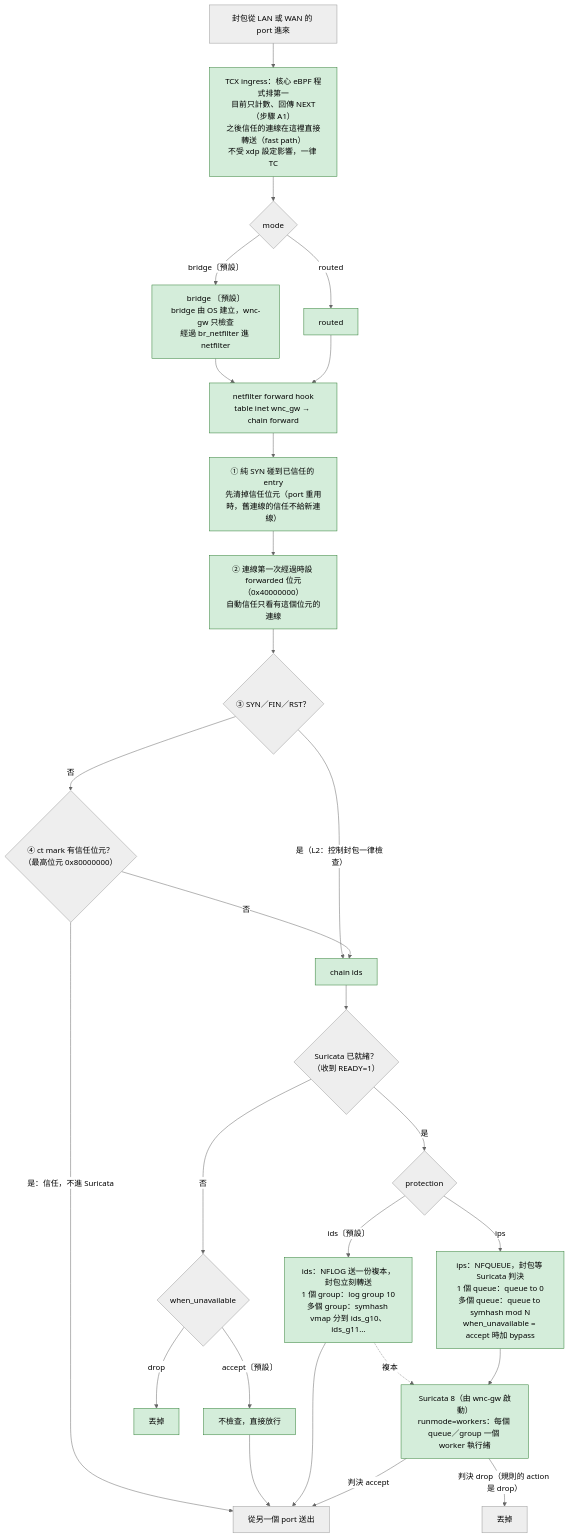
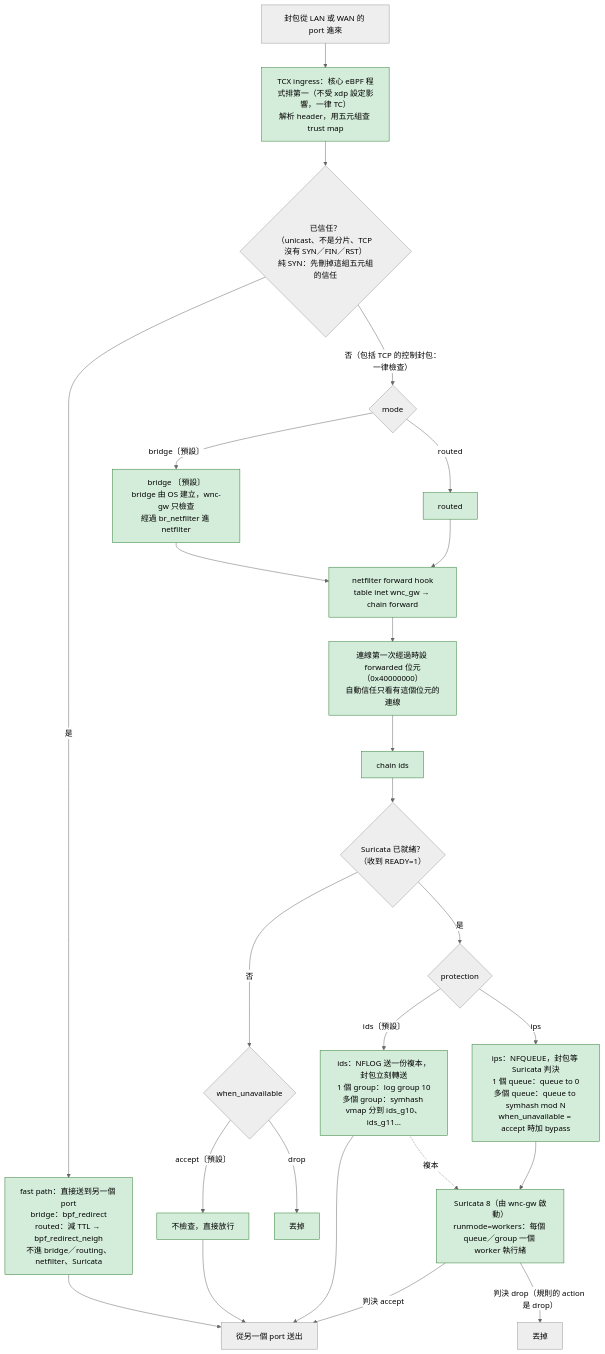
Before and after one commit to guanwei6238/wnc_project: the first of 2 diagrams in security_gateway/README.md, drawn with Mermaid (neutral theme). The commit also changed other lines of this file and 30 other files, not shown here.

Commit message:
Forward trusted connections in TC from a trust map, and let wnc-gw trust talk to run over a unix socket

````diff
--- a/security_gateway/README.md
+++ b/security_gateway/README.md
@@ -76,48 +76,45 @@
 ```mermaid
 flowchart TD
     IN["封包從 LAN 或 WAN 的 port 進來"]
-    HOOK["TCX ingress：核心 eBPF 程式排第一<br/>目前只計數、回傳 NEXT（步驟 A1）<br/>之後信任的連線在這裡直接轉送（fast path）<br/>不受 xdp 設定影響，一律 TC"]:::done
+    HOOK["TCX ingress：核心 eBPF 程式排第一（不受 xdp 設定影響，一律 TC）<br/>解析 header，用五元組查 trust map"]:::done
+    FP{"已信任？<br/>（unicast、不是分片、TCP 沒有 SYN／FIN／RST）<br/>純 SYN：先刪掉這組五元組的信任"}
+    REDIR["fast path：直接送到另一個 port<br/>bridge：bpf_redirect<br/>routed：減 TTL → bpf_redirect_neigh<br/>不進 bridge／routing、netfilter、Suricata"]:::done
     MODE{"mode"}
     BR["bridge 〔預設〕<br/>bridge 由 OS 建立，wnc-gw 只檢查<br/>經過 br_netfilter 進 netfilter"]:::done
     RT["routed"]:::done
     FWD["netfilter forward hook<br/>table inet wnc_gw → chain forward"]:::done
-    R1["① 純 SYN 碰到已信任的 entry<br/>先清掉信任位元（port 重用時，舊連線的信任不給新連線）"]:::done
-    RF["② 連線第一次經過時設 forwarded 位元（0x40000000）<br/>自動信任只看有這個位元的連線"]:::done
-    R2{"③ SYN／FIN／RST？"}
-    R3{"④ ct mark 有信任位元？<br/>（最高位元 0x80000000）"}
+    RF["連線第一次經過時設 forwarded 位元（0x40000000）<br/>自動信任只看有這個位元的連線"]:::done
     IDSC["chain ids"]:::done
     READY{"Suricata 已就緒？<br/>（收到 READY=1）"}
     UNAV{"when_unavailable"}
     ACC["不檢查，直接放行"]:::done
     DROP["丟掉"]:::done
     PROT{"protection"}
     IDS["ids：NFLOG 送一份複本，封包立刻轉送<br/>1 個 group：log group 10<br/>多個 group：symhash vmap 分到 ids_g10、ids_g11…"]:::done
     IPS["ips：NFQUEUE，封包等 Suricata 判決<br/>1 個 queue：queue to 0<br/>多個 queue：queue to symhash mod N<br/>when_unavailable = accept 時加 bypass"]:::done
     SUR["Suricata 8（由 wnc-gw 啟動）<br/>runmode=workers：每個 queue／group 一個 worker 執行緒"]:::done
     OUT["從另一個 port 送出"]
     VDROP["丟掉"]
 
-    IN --> HOOK --> MODE
+    IN --> HOOK --> FP
+    FP -->|是| REDIR --> OUT
+    FP -->|"否（包括 TCP 的控制封包：一律檢查）"| MODE
     MODE -->|"bridge〔預設〕"| BR --> FWD
     MODE -->|routed| RT --> FWD
-    FWD --> R1 --> RF --> R2
-    R2 -->|"是（L2：控制封包一律檢查）"| IDSC
-    R2 -->|否| R3
-    R3 -->|"是：信任，不進 Suricata"| OUT
-    R3 -->|否| IDSC
+    FWD --> RF --> IDSC
     IDSC --> READY
     READY -->|否| UNAV
     UNAV -->|"accept〔預設〕"| ACC --> OUT
     UNAV -->|drop| DROP
     READY -->|是| PROT
     PROT -->|"ids〔預設〕"| IDS
     PROT -->|ips| IPS
     IDS --> OUT
     IDS -.->|複本| SUR
     IPS --> SUR
     SUR -->|"判決 accept"| OUT
     SUR -->|"判決 drop（規則的 action 是 drop）"| VDROP
 
     classDef done fill:#d4edda,stroke:#2e7d32,color:#000
     classDef later fill:#fff3cd,stroke:#b8860b,color:#000,stroke-dasharray: 5 5
 ```
````
